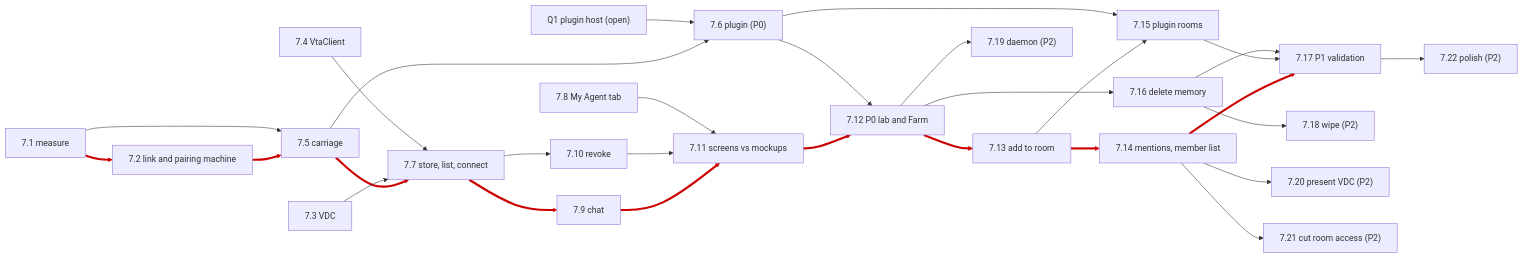
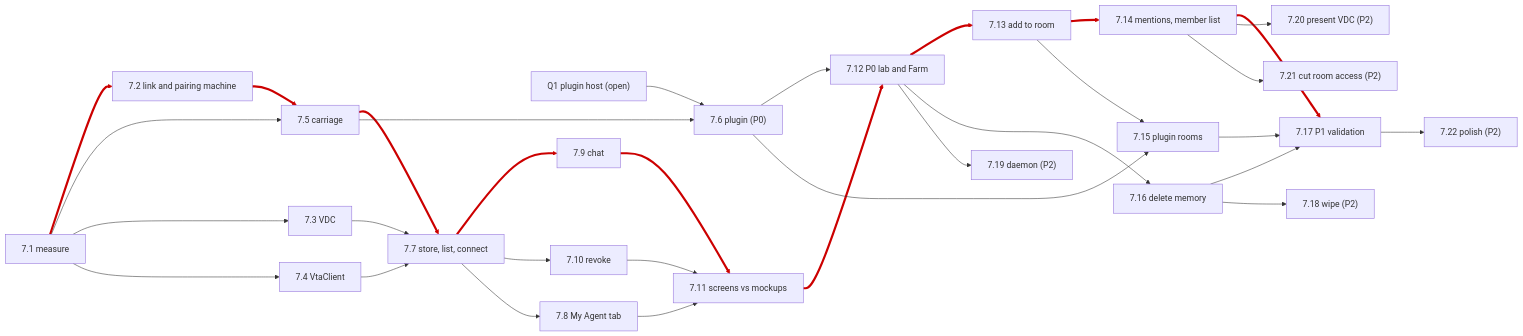
The fourth of 4 diagrams in docs/plans/agent-connect-plan.md (berkmancenter/keyring-wallet), drawn with Mermaid before and after one commit. The commit also changed other lines of this file, not shown here.

````diff
--- a/docs/plans/agent-connect-plan.md
+++ b/docs/plans/agent-connect-plan.md
@@ -969,55 +972,58 @@
 ```mermaid
 flowchart LR
   Q1["Q1 plugin host (open)"]
   p1["7.1 measure"]
   p2["7.2 link and pairing machine"]
   p3["7.3 VDC"]
   p4["7.4 VtaClient"]
   p5["7.5 carriage"]
   p6["7.6 plugin (P0)"]
   p7["7.7 store, list, connect"]
   p8["7.8 My Agent tab"]
   p9["7.9 chat"]
   p10["7.10 revoke"]
   p11["7.11 screens vs mockups"]
   p12["7.12 P0 lab and Farm"]
   p13["7.13 add to room"]
   p14["7.14 mentions, member list"]
   p15["7.15 plugin rooms"]
   p16["7.16 delete memory"]
   p17["7.17 P1 validation"]
   p18["7.18 wipe (P2)"]
   p19["7.19 daemon (P2)"]
   p20["7.20 present VDC (P2)"]
   p21["7.21 cut room access (P2)"]
   p22["7.22 polish (P2)"]
   p1 --> p2
   p2 --> p5
   p5 --> p7
   p7 --> p9
   p9 --> p11
   p11 --> p12
   p3 --> p7
   p4 --> p7
   p7 --> p10
   p10 --> p11
   p8 --> p11
   p5 --> p6
   p6 --> p12
   Q1 --> p6
   p12 --> p13
   p13 --> p14
   p13 --> p15
   p6 --> p15
   p12 --> p16
   p14 --> p17
   p15 --> p17
   p16 --> p17
   p16 --> p18
   p14 --> p20
   p14 --> p21
   p17 --> p22
   p12 --> p19
   p1 --> p5
+  p1 --> p3
+  p1 --> p4
+  p7 --> p8
   linkStyle 0,1,2,3,4,5,14,15,19 stroke:#c00,stroke-width:4px
 ```
````
